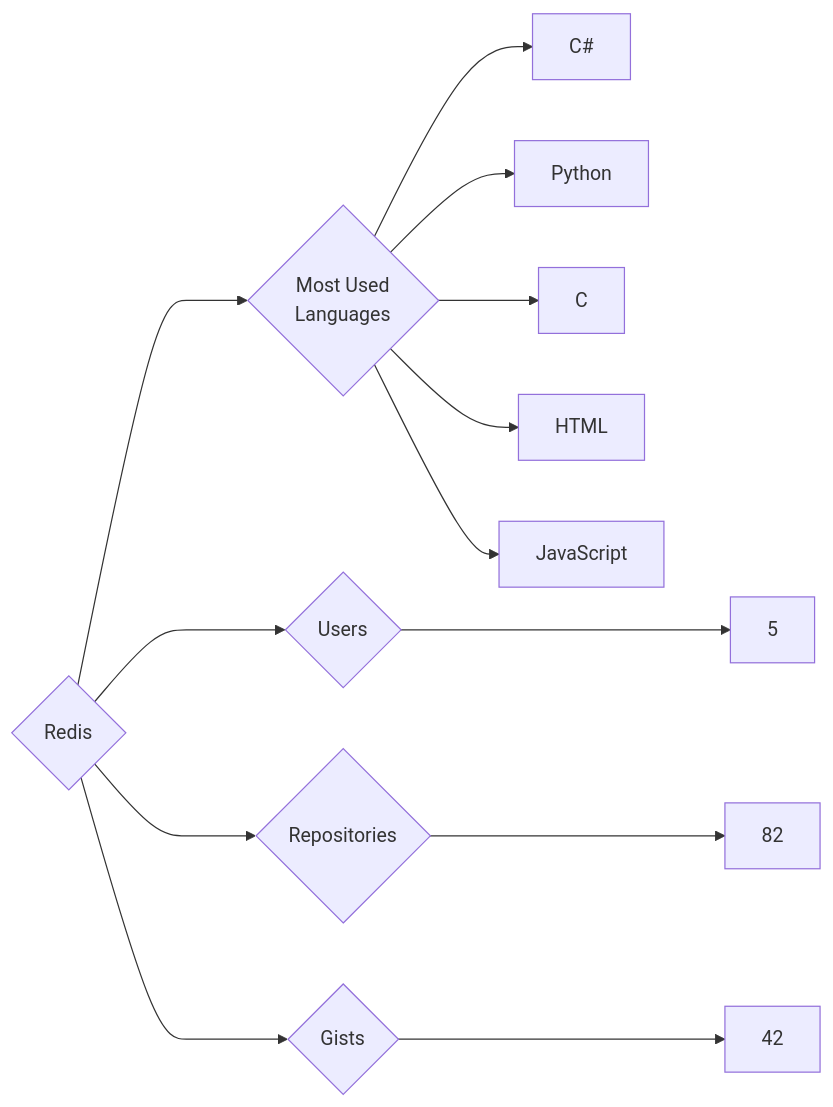
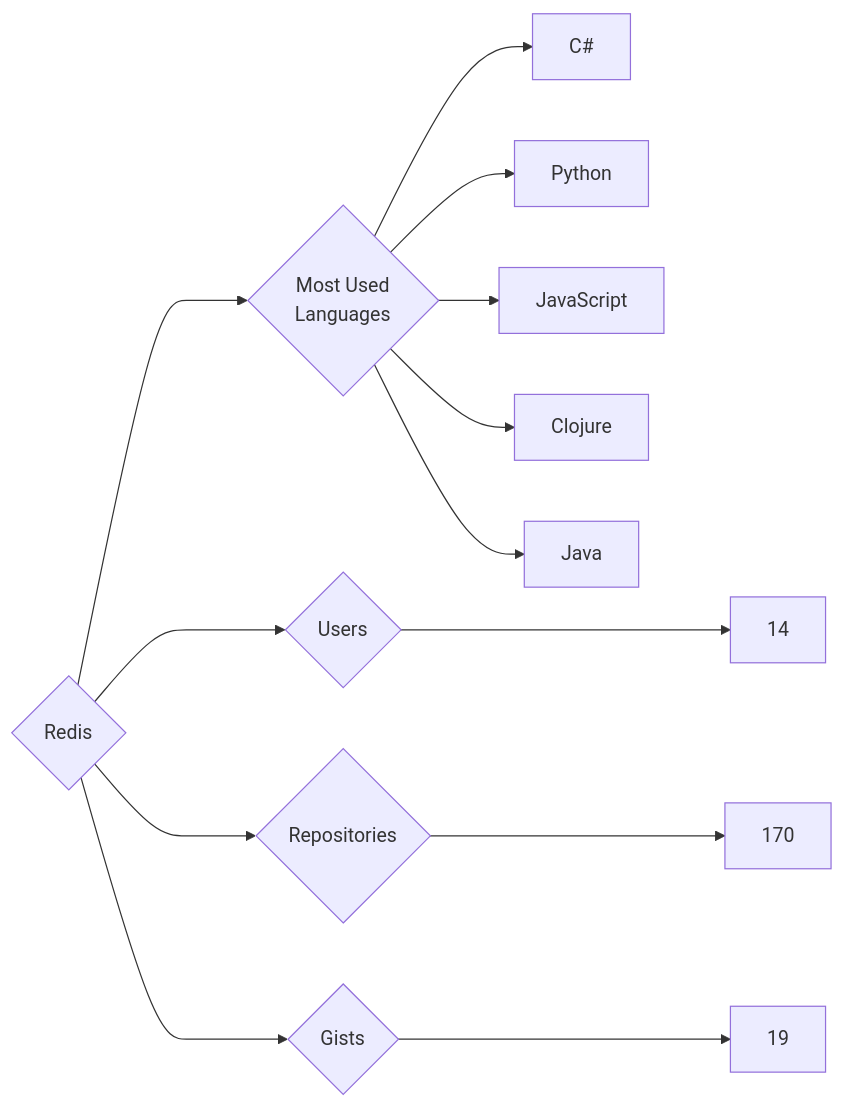
The diagram in targets/Redis/README.md (trickest/insiders), drawn with Mermaid before and after one commit. The commit also changed 765 other files, not shown here.

````diff
--- a/targets/Redis/README.md
+++ b/targets/Redis/README.md
@@ -3,13 +3,13 @@
 ```mermaid
 graph LR
 COMPANY_NAME{Redis}
-COMPANY_NAME ---> U{Users} ---> UN[5]
-COMPANY_NAME ---> R{Repositories} ---> RN[82]
-COMPANY_NAME ---> G{Gists} ---> GN[42]
+COMPANY_NAME ---> U{Users} ---> UN[14]
+COMPANY_NAME ---> R{Repositories} ---> RN[170]
+COMPANY_NAME ---> G{Gists} ---> GN[19]
 COMPANY_NAME ---> ML{Most Used<br>Languages}
 ML --> C#[C#]
 ML --> Python[Python]
-ML --> C[C]
-ML --> HTML[HTML]
 ML --> JavaScript[JavaScript]
+ML --> Clojure[Clojure]
+ML --> Java[Java]
 ```
````
